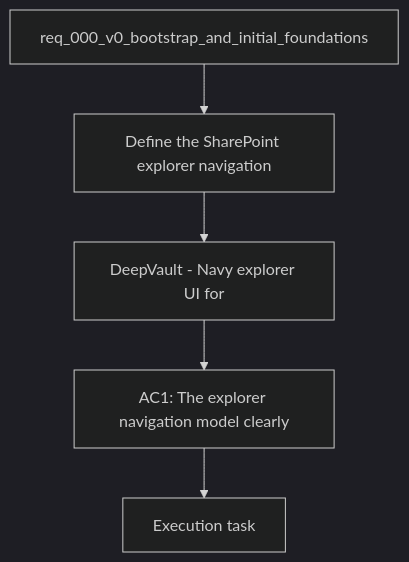
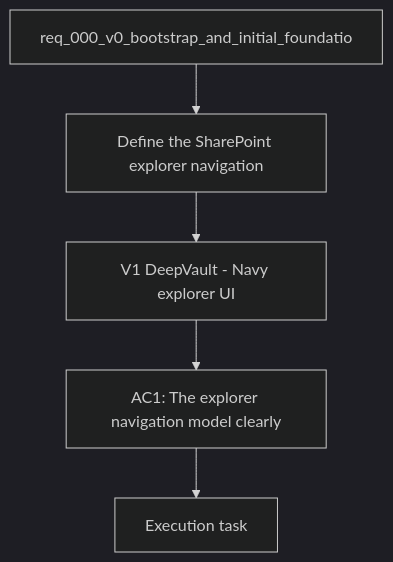
The diagram in logics/backlog/item_003_v1_explorer_ui_for_sharepoint_navigation.md (AlexAgo83/deepvault), drawn with Mermaid (dark theme) before and after one commit. The commit also changed 28 other files, not shown here.

````diff
--- a/logics/backlog/item_003_v1_explorer_ui_for_sharepoint_navigation.md
+++ b/logics/backlog/item_003_v1_explorer_ui_for_sharepoint_navigation.md
@@ -22,9 +22,9 @@
 ```mermaid
 %% logics-kind: backlog
 %% logics-signature: backlog|v1-deepvault-navy-explorer-ui-for-sharep|req-000-v0-bootstrap-and-initial-foundat|define-the-sharepoint-explorer-navigatio|ac1-the-explorer-navigation-model-clearl
 flowchart TD
-    Request[req_000_v0_bootstrap_and_initial_foundations] --> Problem[Define the SharePoint explorer navigation]
-    Problem --> Scope[DeepVault - Navy explorer UI for]
+    Request[req_000_v0_bootstrap_and_initial_foundatio] --> Problem[Define the SharePoint explorer navigation]
+    Problem --> Scope[V1 DeepVault - Navy explorer UI]
     Scope --> Acceptance[AC1: The explorer navigation model clearly]
     Acceptance --> Tasks[Execution task]
 ```
````
